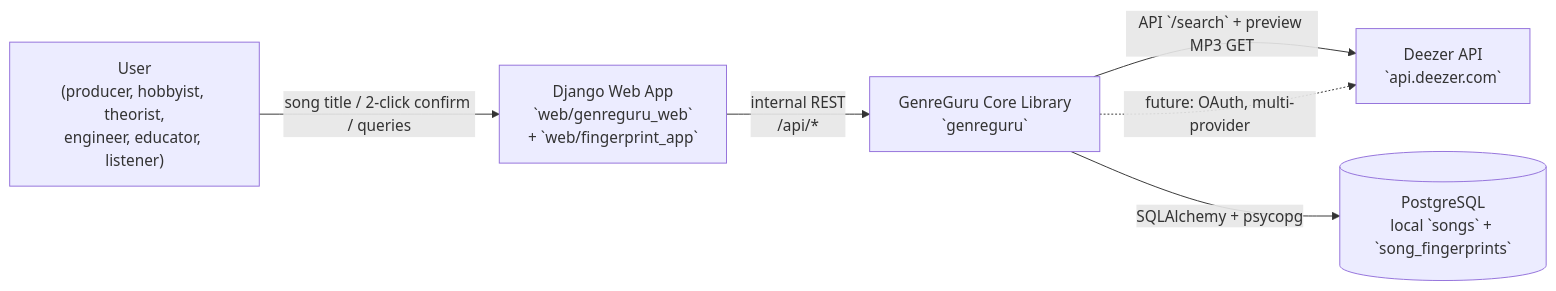
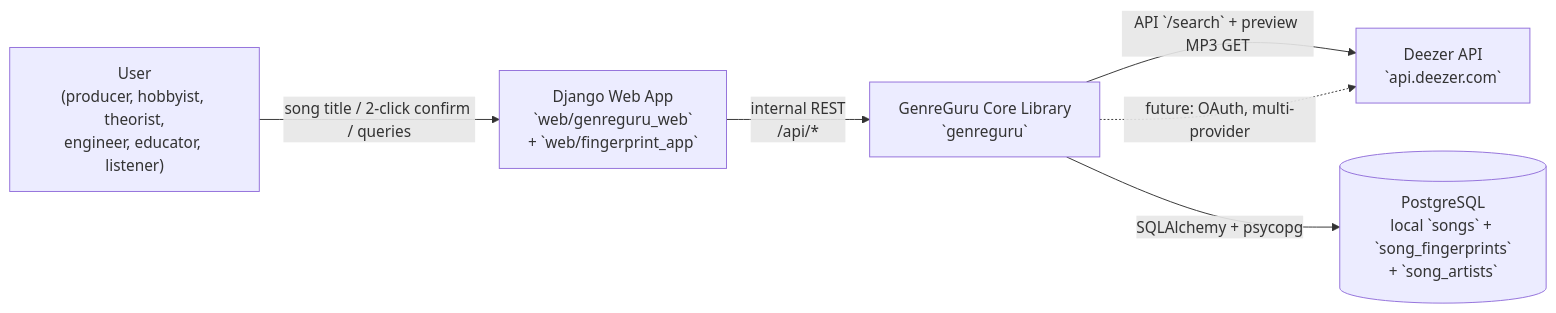
The first of 2 diagrams in docs/001-song-fingerprint-engine/architecture.md (AhmedAl-Hayali/AgenticGenreGuru), drawn with Mermaid before and after one commit. The commit also changed other lines of this file and 2 other files, not shown here.

Commit message:
docs(specs-data-model): capture new relation `song_artists`

````diff
--- a/docs/001-song-fingerprint-engine/architecture.md
+++ b/docs/001-song-fingerprint-engine/architecture.md
@@ -47,14 +47,14 @@
 ```mermaid
 flowchart LR
     U["User\n(producer, hobbyist, theorist,\nengineer, educator, listener)"]
     UI["Django Web App\n`web/genreguru_web`\n+ `web/fingerprint_app`"]
     CORE["GenreGuru Core Library\n`genreguru`"]
     DZ["Deezer API\n`api.deezer.com`"]
-    DB[("PostgreSQL\nlocal `songs` + `song_fingerprints`")]
+    DB[("PostgreSQL\nlocal `songs` + `song_fingerprints`\n+ `song_artists`")]
 
     U -->|song title / 2-click confirm / queries| UI
     UI -->|internal REST\n/api/*| CORE
     CORE -->|API `/search` + preview MP3 GET| DZ
     CORE -->|SQLAlchemy + psycopg| DB
     CORE -.->|future: OAuth, multi-provider| DZ
 ```
````
